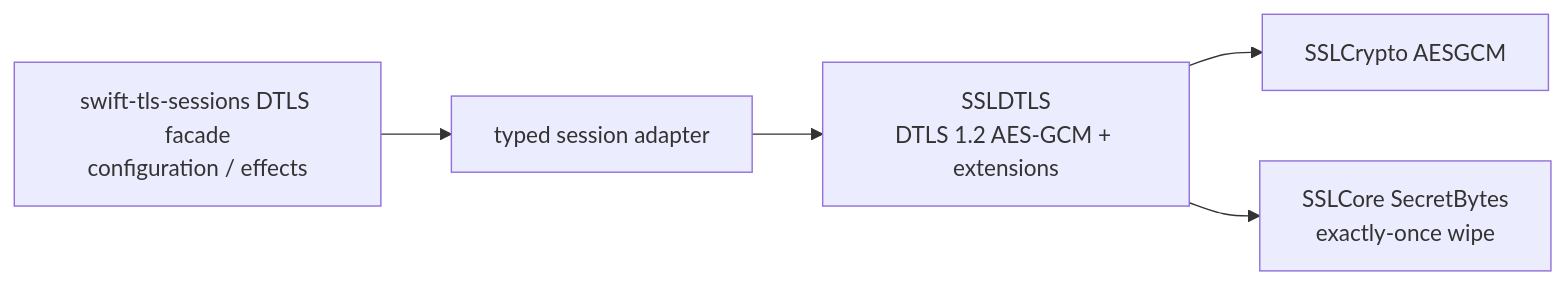
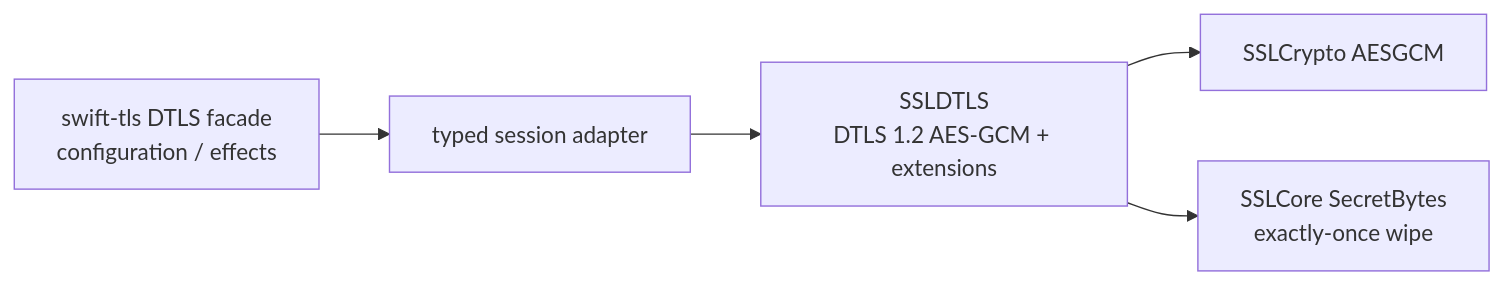
The diagram in docs/adr/0002-dtls-record-owner.md (1amageek/swift-ssl), drawn with Mermaid before and after one commit. The commit also changed other lines of this file and 4 other files, not shown here.

Commit message:
Document canonical swift-tls session layer

````diff
--- a/docs/adr/0002-dtls-record-owner.md
+++ b/docs/adr/0002-dtls-record-owner.md
@@ -23,11 +23,11 @@
 ```mermaid
 flowchart LR
-    S[swift-tls-sessions DTLS facade\nconfiguration / effects]
+    S[swift-tls DTLS facade\nconfiguration / effects]
     A[typed session adapter]
     D[SSLDTLS\nDTLS 1.2 AES-GCM + extensions]
     C[SSLCrypto AESGCM]
     O[SSLCore SecretBytes\nexactly-once wipe]
     S --> A --> D
     D --> C
     D --> O
 ```
````
